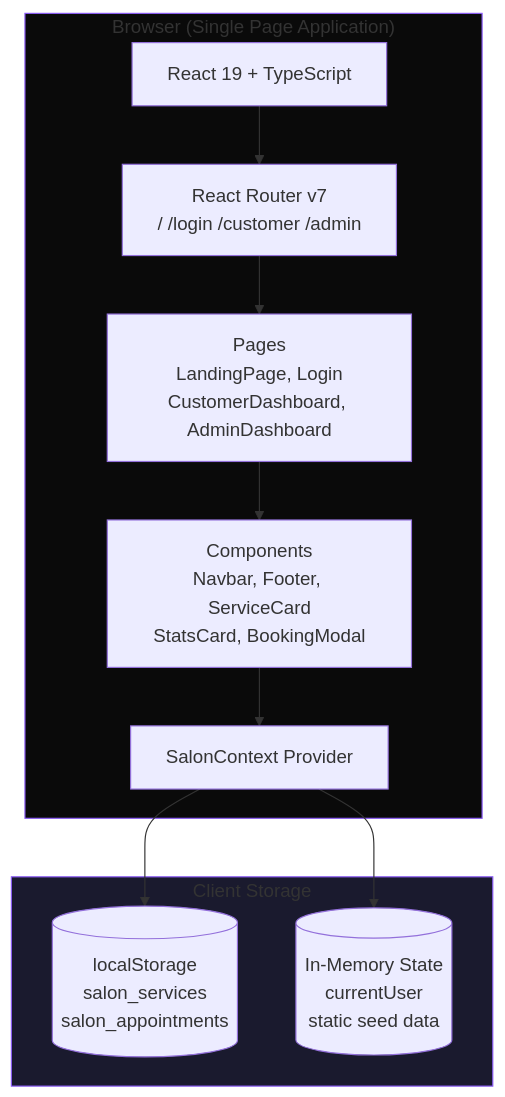
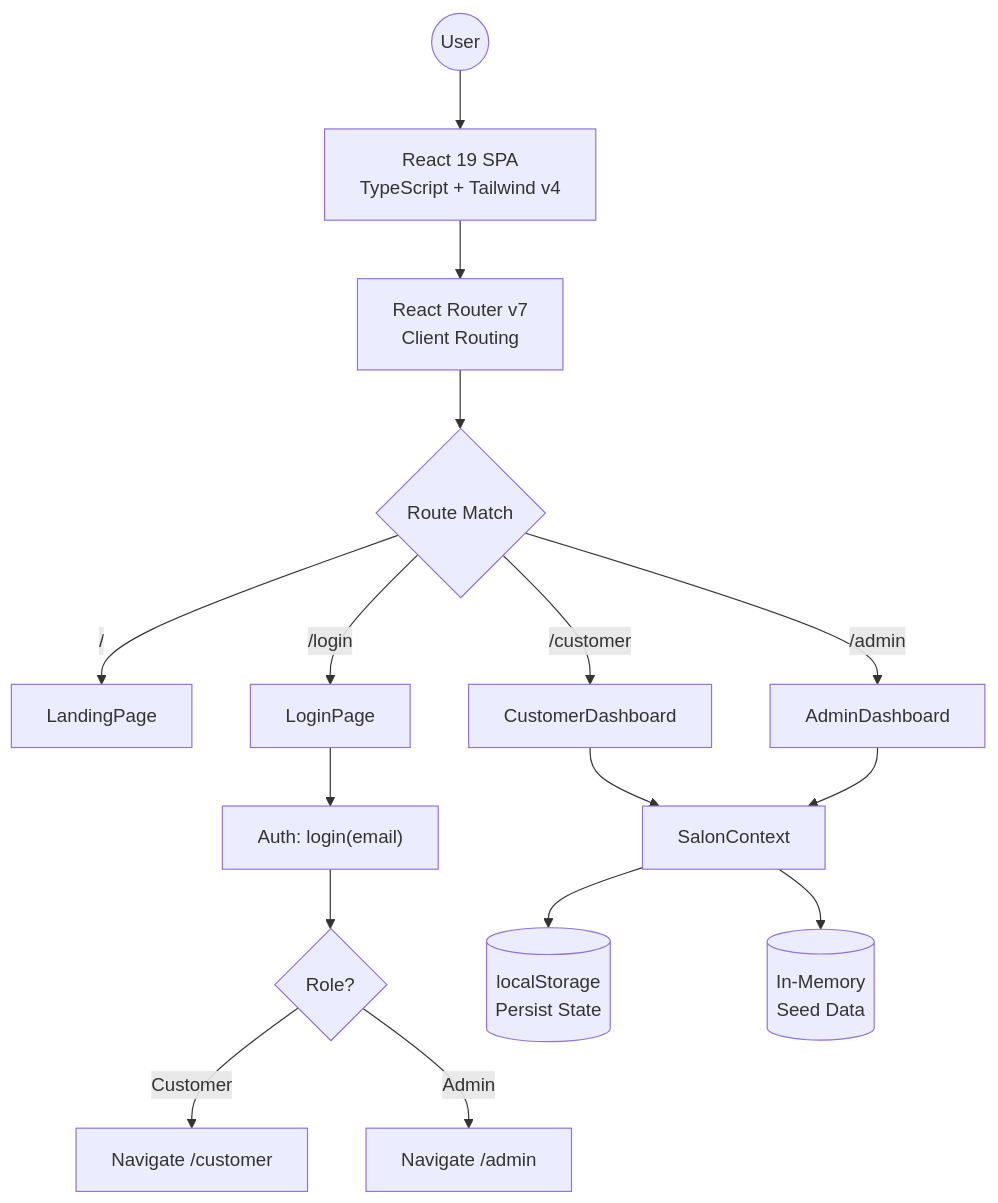
One commit to pandadoor/crm changed the first of 6 diagrams in README.md. Above: the diagram before and after it, drawn with Mermaid. The commit also changed other lines of this file, not shown here.

Commit message:
Fix flowcharts to standard mermaid flowchart syntax

````diff
--- a/README.md
+++ b/README.md
@@ -93,25 +52,19 @@
 ```mermaid
-graph TB
-    subgraph Browser["Browser (Single Page Application)"]
-        REACT["React 19 + TypeScript"]
-        ROUTER["React Router v7<br/>/  /login  /customer  /admin"]
-        CONTEXT["SalonContext Provider"]
-        COMP["Components<br/>Navbar, Footer, ServiceCard<br/>StatsCard, BookingModal"]
-        PAGES["Pages<br/>LandingPage, Login<br/>CustomerDashboard, AdminDashboard"]
-    end
-
-    subgraph Storage["Client Storage"]
-        LS[("localStorage<br/>salon_services<br/>salon_appointments")]
-        MEM[("In-Memory State<br/>currentUser<br/>static seed data")]
-    end
-
-    REACT --> ROUTER
-    ROUTER --> PAGES
-    PAGES --> COMP
-    COMP --> CONTEXT
-    CONTEXT --> LS
-    CONTEXT --> MEM
-
-    style Storage fill:#1a1a2e,stroke:#8b5cf6
-    style Browser fill:#0a0a0a,stroke:#8b5cf6
+graph TD
+    START(("User"))
+    START --> SPA["React 19 SPA<br/>TypeScript + Tailwind v4"]
+    SPA --> ROUTER["React Router v7<br/>Client Routing"]
+    ROUTER --> PAGES{"Route Match"}
+    PAGES -->|"/"| LANDING["LandingPage"]
+    PAGES -->|"/login"| LOGIN["LoginPage"]
+    PAGES -->|"/customer"| CUST["CustomerDashboard"]
+    PAGES -->|"/admin"| ADMIN["AdminDashboard"]
+    LOGIN --> AUTH["Auth: login(email)"]
+    AUTH --> NAV{Role?}
+    NAV -->|Customer| NAVCUST["Navigate /customer"]
+    NAV -->|Admin| NAVADMIN["Navigate /admin"]
+    CUST --> CONTEXT["SalonContext"]
+    ADMIN --> CONTEXT
+    CONTEXT --> STORE[("localStorage<br/>Persist State")]
+    CONTEXT --> SEED[("In-Memory<br/>Seed Data")]
 ```
````
